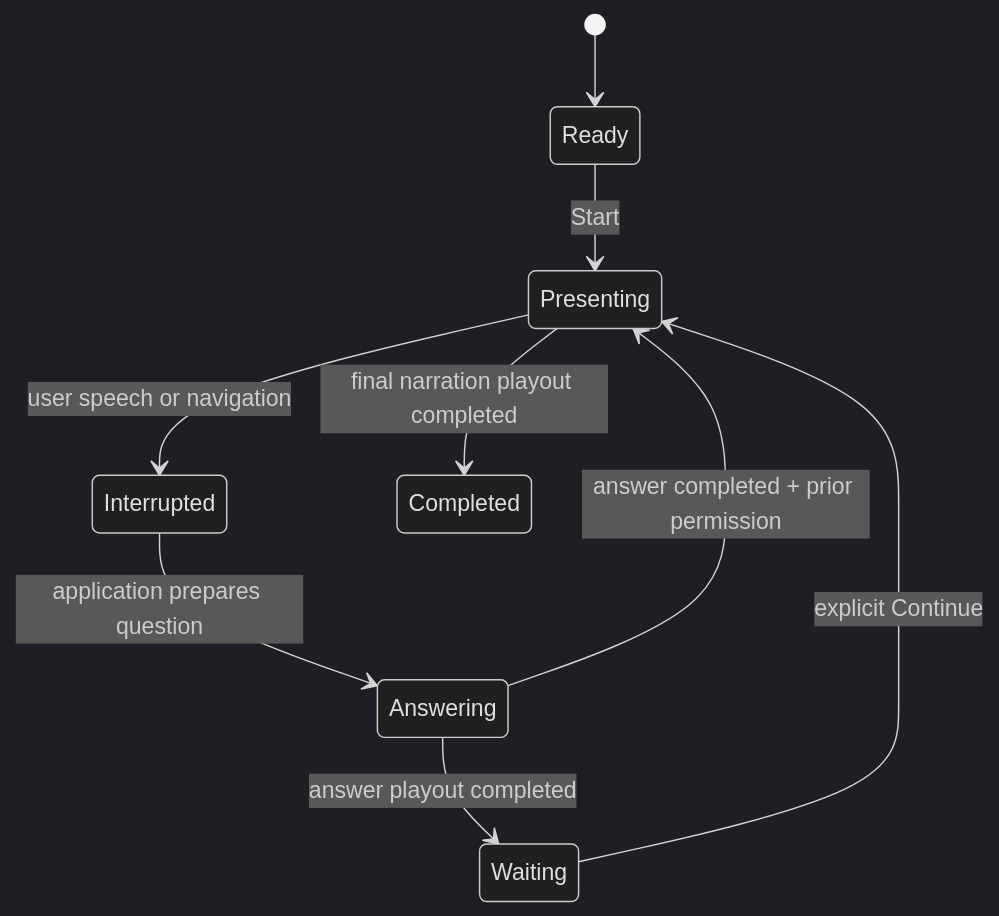
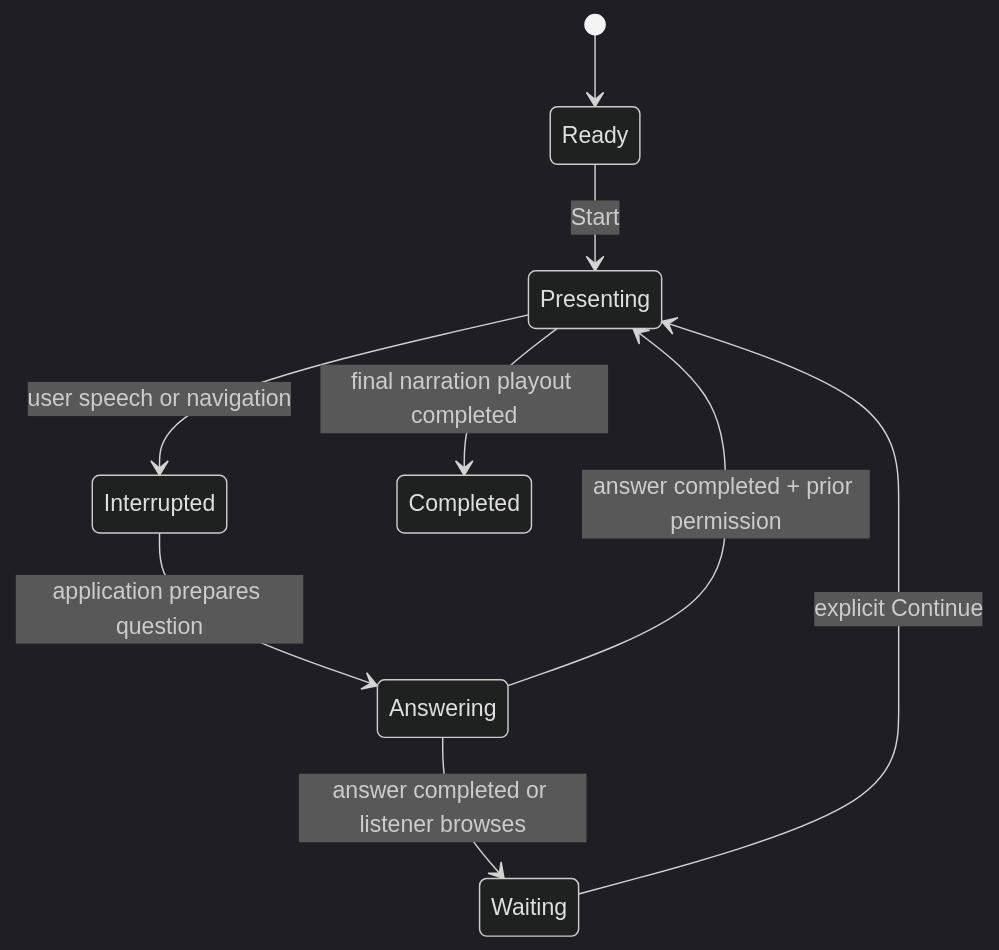
Before and after one commit to Rainet473/pathos: the second of 2 diagrams in docs/architecture.md, drawn with Mermaid (dark theme). The commit also changed other lines of this file and 17 other files, not shown here.

Commit message:
Implement answer playout navigation and handoff

````diff
--- a/docs/architecture.md
+++ b/docs/architecture.md
@@ -54,11 +54,11 @@
 ```mermaid
 stateDiagram-v2
     [*] --> Ready
     Ready --> Presenting: Start
     Presenting --> Interrupted: user speech or navigation
     Interrupted --> Answering: application prepares question
-    Answering --> Waiting: answer playout completed
+    Answering --> Waiting: answer completed or listener browses
     Waiting --> Presenting: explicit Continue
     Answering --> Presenting: answer completed + prior permission
     Presenting --> Completed: final narration playout completed
 ```
````
